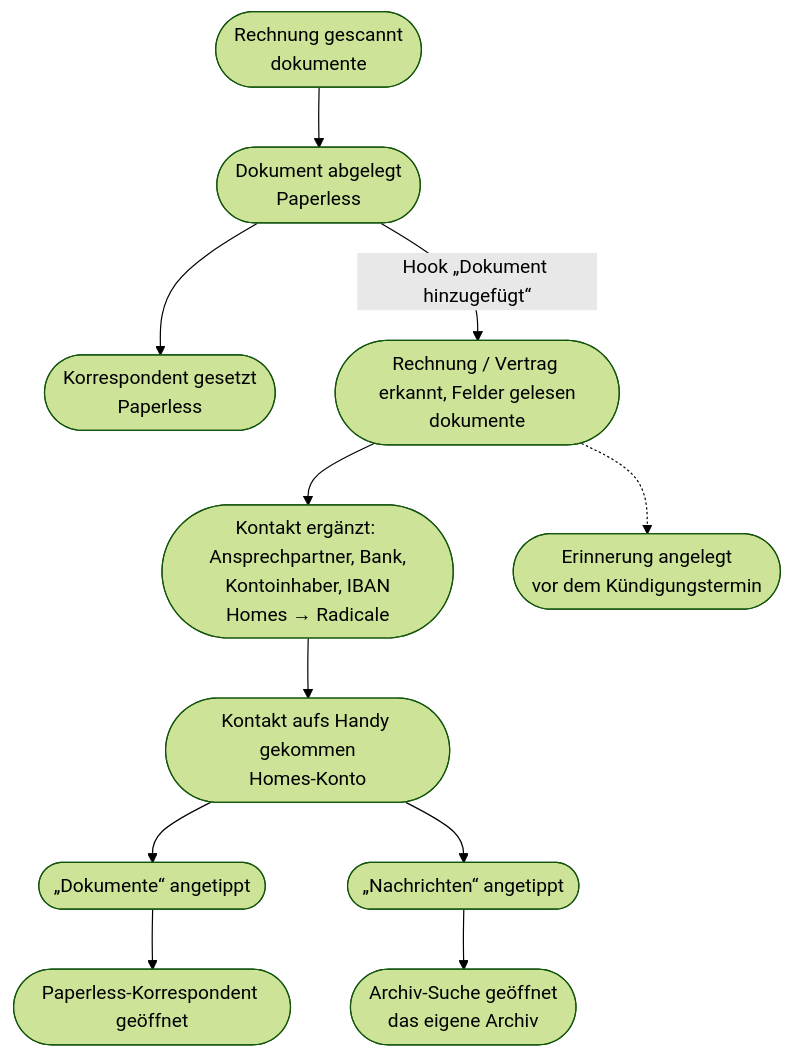
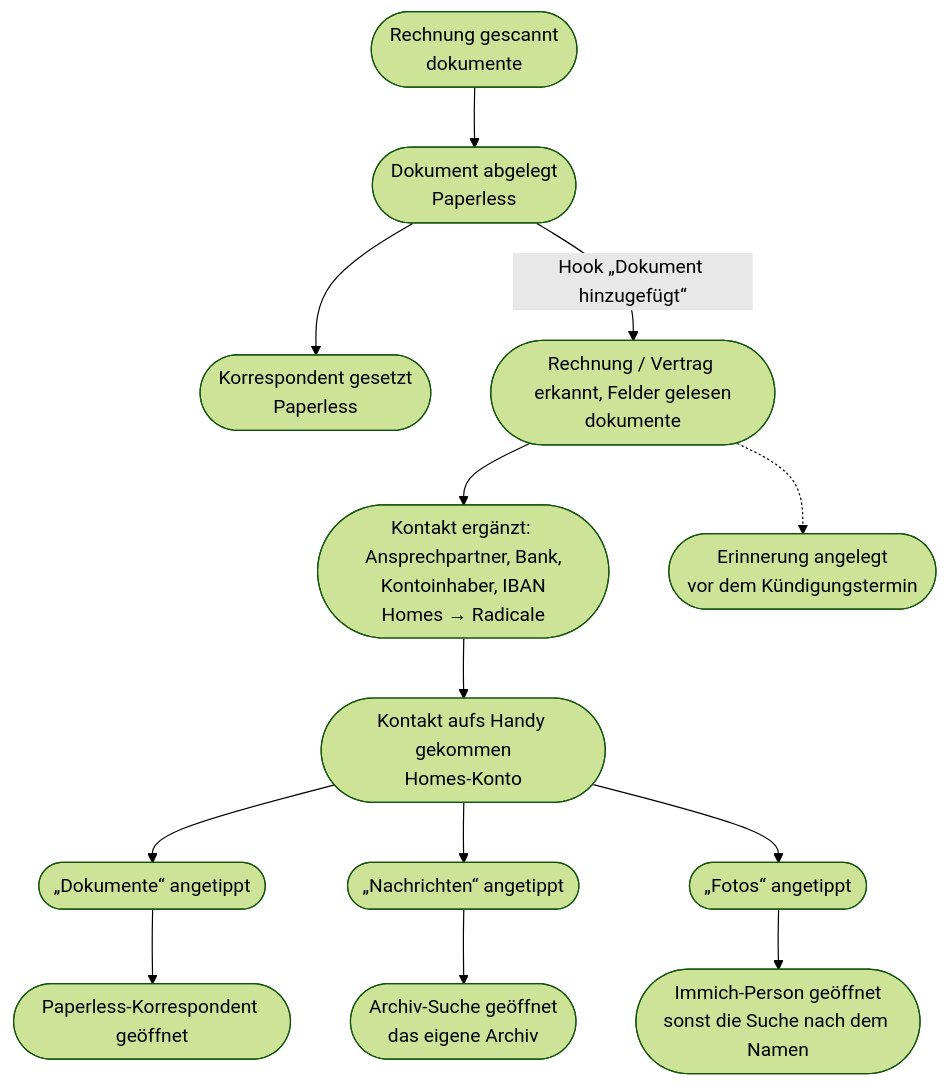
Before and after one commit to mdopp/haus: the second of 7 diagrams in docs/DOMAIN.md, drawn with Mermaid (forest theme). The commit also changed other lines of this file and 21 other files, not shown here.

````diff
--- a/docs/DOMAIN.md
+++ b/docs/DOMAIN.md
@@ -108,11 +113,12 @@
 ```mermaid
 flowchart TD
   a1(["Rechnung gescannt<br/>dokumente"]) --> a2(["Dokument abgelegt<br/>Paperless"])
   a2 --> a3(["Korrespondent gesetzt<br/>Paperless"])
   a2 -- "Hook „Dokument hinzugefügt“" --> a4(["Rechnung / Vertrag erkannt, Felder gelesen<br/>dokumente"])
   a4 --> a5(["Kontakt ergänzt: Ansprechpartner, Bank,<br/>Kontoinhaber, IBAN<br/>Homes → Radicale"])
   a4 -.-> a4b(["Erinnerung angelegt<br/>vor dem Kündigungstermin"])
   a5 --> a6(["Kontakt aufs Handy gekommen<br/>Homes-Konto"])
   a6 --> a7(["„Dokumente“ angetippt"]) --> a8(["Paperless-Korrespondent geöffnet"])
   a6 --> a9(["„Nachrichten“ angetippt"]) --> a10(["Archiv-Suche geöffnet<br/>das eigene Archiv"])
+  a6 --> a11(["„Fotos“ angetippt"]) --> a12(["Immich-Person geöffnet<br/>sonst die Suche nach dem Namen"])
 ```
````
